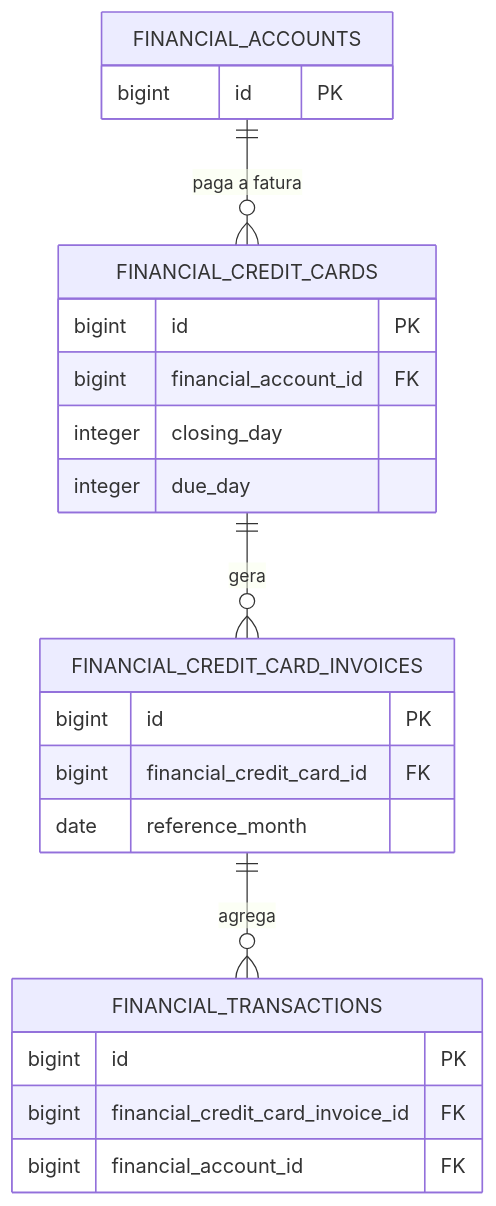
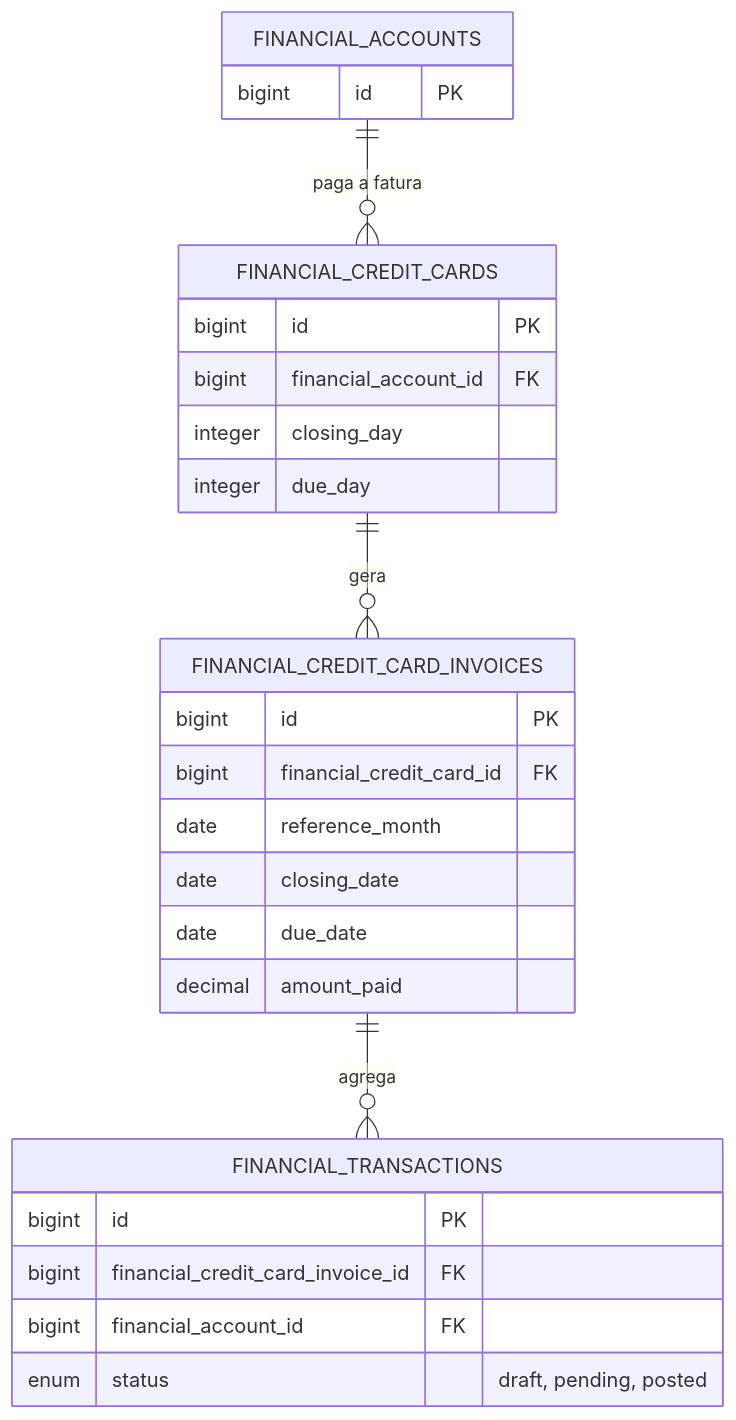
One commit to ArthurWillers/james changed the diagram in docs/content/docs/modulos/financas/cartoes.md. Above: the diagram before and after it, drawn with Mermaid. The commit also changed other lines of this file and 16 other files, not shown here.

````diff
--- a/docs/content/docs/modulos/financas/cartoes.md
+++ b/docs/content/docs/modulos/financas/cartoes.md
@@ -39,26 +39,30 @@
 ```mermaid
 erDiagram
     FINANCIAL_ACCOUNTS {
         bigint id PK
     }
     FINANCIAL_CREDIT_CARDS {
         bigint id PK
         bigint financial_account_id FK
         integer closing_day
         integer due_day
     }
     FINANCIAL_CREDIT_CARD_INVOICES {
         bigint id PK
         bigint financial_credit_card_id FK
         date reference_month
+        date closing_date
+        date due_date
+        decimal amount_paid
     }
     FINANCIAL_TRANSACTIONS {
         bigint id PK
         bigint financial_credit_card_invoice_id FK
         bigint financial_account_id FK
+        enum status "draft, pending, posted"
     }
 
     FINANCIAL_ACCOUNTS ||--o{ FINANCIAL_CREDIT_CARDS : "paga a fatura"
     FINANCIAL_CREDIT_CARDS ||--o{ FINANCIAL_CREDIT_CARD_INVOICES : "gera"
     FINANCIAL_CREDIT_CARD_INVOICES ||--o{ FINANCIAL_TRANSACTIONS : "agrega"
 ```
````
